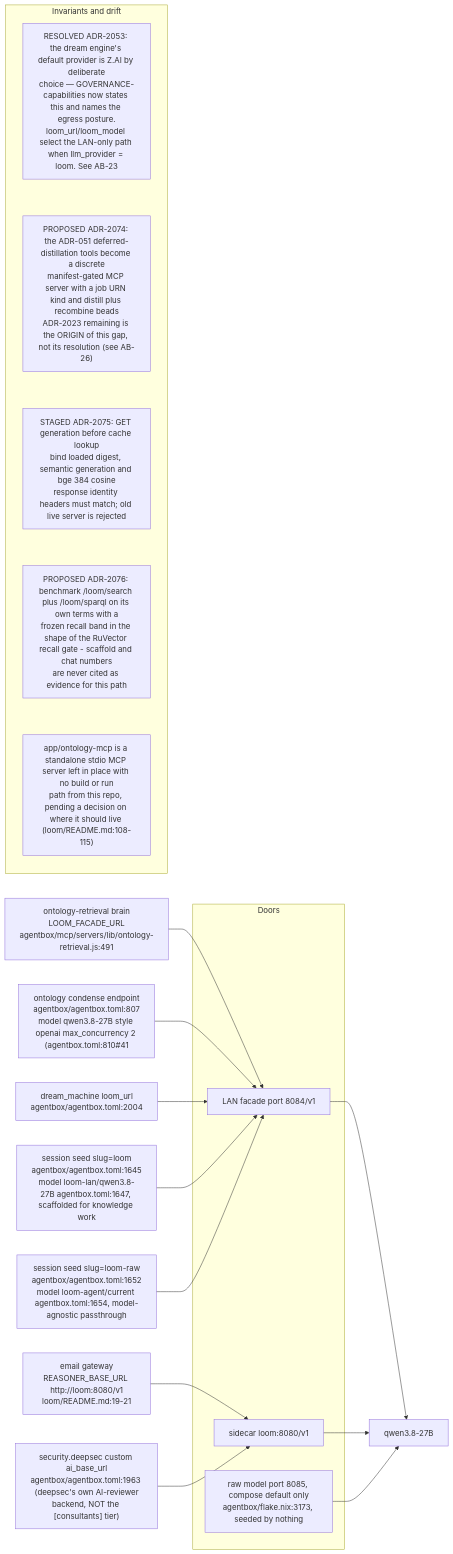
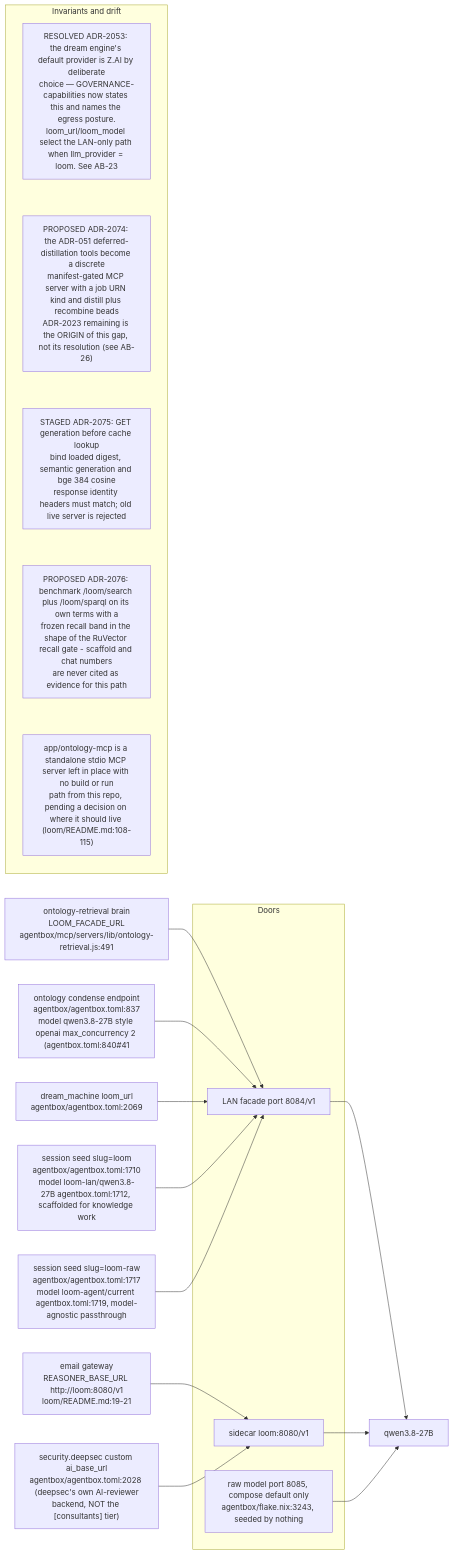
One commit to DreamLab-AI/VisionFlow changed the eighth of 12 diagrams in docs/diagrams/agentbox/24-loom-facade.md. Above: the diagram before and after it, drawn with Mermaid. The commit also changed other lines of this file and 136 other files, not shown here.

First line of the commit message:
docs(diagrams): refresh the whole corpus to code HEAD and prune low-value diagrams

````diff
--- a/docs/diagrams/agentbox/24-loom-facade.md
+++ b/docs/diagrams/agentbox/24-loom-facade.md
@@ -361,27 +305,27 @@
 ```mermaid
 flowchart LR
     subgraph doors["Doors"]
         D84["LAN facade port 8084/v1"]
         D80["sidecar loom:8080/v1"]
-        D85["raw model port 8085, compose default only<br/>agentbox/flake.nix:3173, seeded by nothing"]
+        D85["raw model port 8085, compose default only<br/>agentbox/flake.nix:3243, seeded by nothing"]
     end
     RET["ontology-retrieval brain<br/>LOOM_FACADE_URL<br/>agentbox/mcp/servers/lib/ontology-retrieval.js:491"] --> D84
-    COND["ontology condense endpoint<br/>agentbox/agentbox.toml:807<br/>model qwen3.8-27B style openai max_concurrency 2 #40;agentbox.toml:810#41;"] --> D84
-    DREAM["dream_machine loom_url<br/>agentbox/agentbox.toml:2004"] --> D84
-    SEEDL["session seed slug=loom<br/>agentbox/agentbox.toml:1645<br/>model loom-lan/qwen3.8-27B agentbox.toml:1647, scaffolded for knowledge work"] --> D84
-    SEEDR["session seed slug=loom-raw<br/>agentbox/agentbox.toml:1652<br/>model loom-agent/current agentbox.toml:1654, model-agnostic passthrough"] --> D84
+    COND["ontology condense endpoint<br/>agentbox/agentbox.toml:837<br/>model qwen3.8-27B style openai max_concurrency 2 #40;agentbox.toml:840#41;"] --> D84
+    DREAM["dream_machine loom_url<br/>agentbox/agentbox.toml:2069"] --> D84
+    SEEDL["session seed slug=loom<br/>agentbox/agentbox.toml:1710<br/>model loom-lan/qwen3.8-27B agentbox.toml:1712, scaffolded for knowledge work"] --> D84
+    SEEDR["session seed slug=loom-raw<br/>agentbox/agentbox.toml:1717<br/>model loom-agent/current agentbox.toml:1719, model-agnostic passthrough"] --> D84
     EMAIL["email gateway<br/>REASONER_BASE_URL http://loom:8080/v1<br/>loom/README.md:19-21"] --> D80
-    CUST["security.deepsec custom ai_base_url<br/>agentbox/agentbox.toml:1963 #40;deepsec#39;s own AI-reviewer<br/>backend, NOT the #91;consultants#93; tier#41;"] --> D80
+    CUST["security.deepsec custom ai_base_url<br/>agentbox/agentbox.toml:2028 #40;deepsec#39;s own AI-reviewer<br/>backend, NOT the #91;consultants#93; tier#41;"] --> D80
     D84 --> M["qwen3.8-27B"]
     D80 --> M
     D85 --> M
     subgraph notes["Invariants and drift"]
         direction TB
         N1["RESOLVED ADR-2053: the dream engine's default provider is Z.AI by deliberate<br/>choice — GOVERNANCE-capabilities now states this and names the egress posture.<br/>loom_url/loom_model select the LAN-only path when llm_provider = loom. See AB-23"]
         N2["PROPOSED ADR-2074: the ADR-051 deferred-distillation tools become a discrete<br/>manifest-gated MCP server with a job URN kind and distill plus recombine beads<br/>ADR-2023 remaining is the ORIGIN of this gap, not its resolution (see AB-26)"]
         N3["STAGED ADR-2075: GET generation before cache lookup<br/>bind loaded digest, semantic generation and bge 384 cosine<br/>response identity headers must match; old live server is rejected"]
         N4["PROPOSED ADR-2076: benchmark /loom/search plus /loom/sparql on its own terms with a<br/>frozen recall band in the shape of the RuVector recall gate - scaffold and chat numbers<br/>are never cited as evidence for this path"]
         N5["app/ontology-mcp is a standalone stdio MCP server left in place with no build or run<br/>path from this repo, pending a decision on where it should live (loom/README.md:108-115)"]
         N1 ~~~ N2 ~~~ N3 ~~~ N4 ~~~ N5
     end
 ```
````
